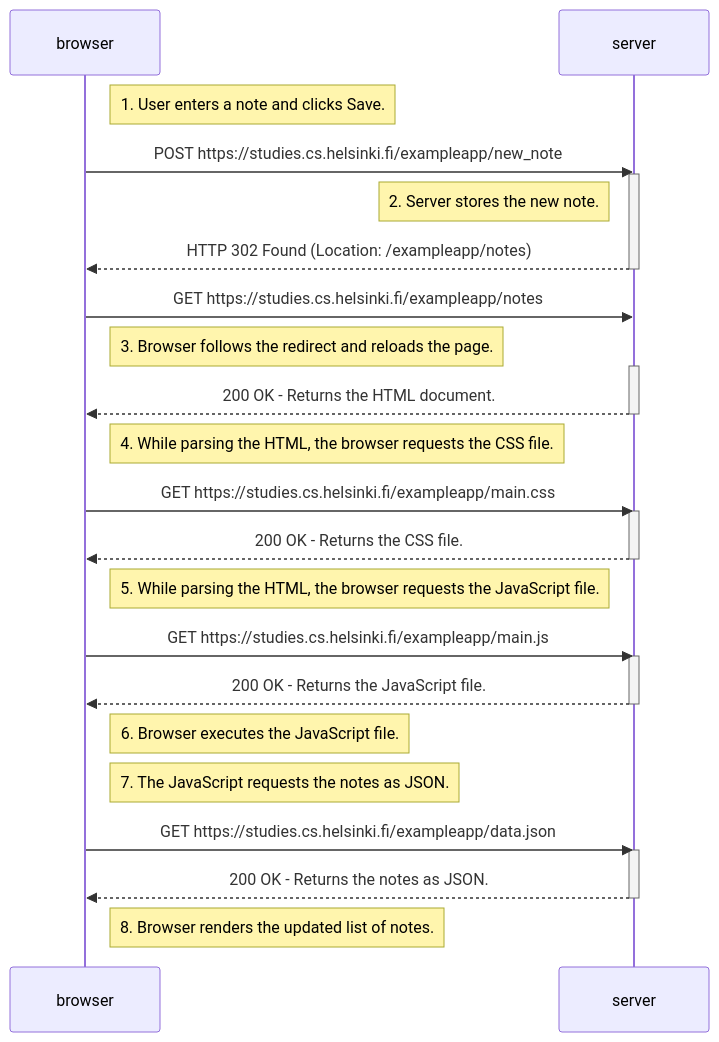
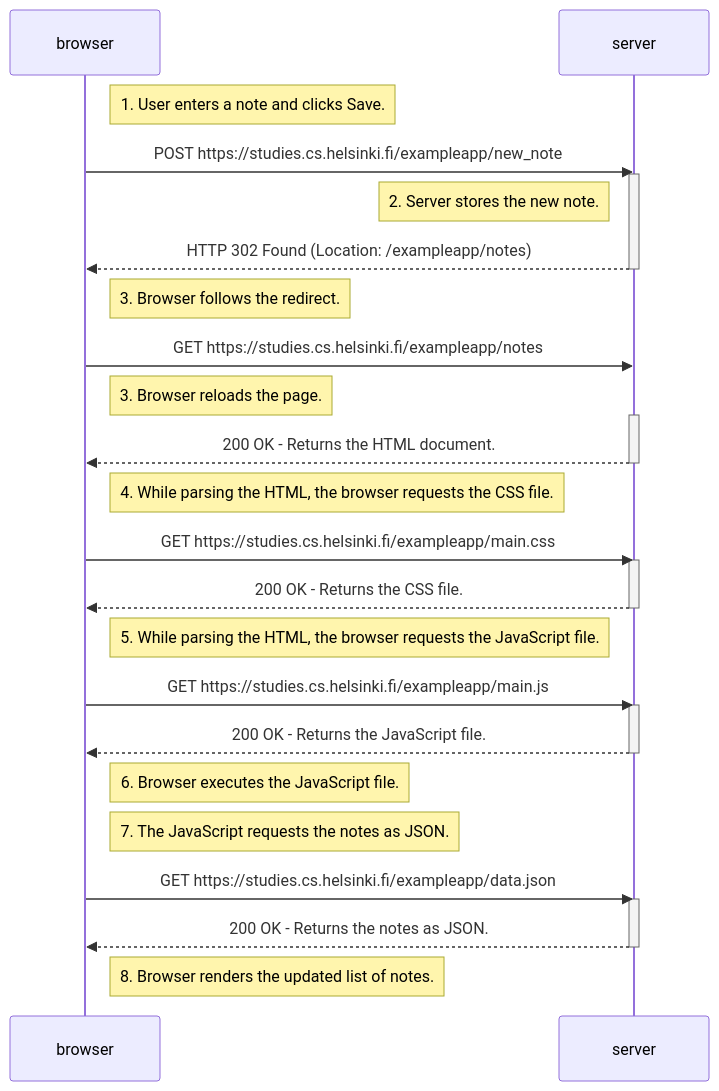
Before and after one commit to DrFinger2/fullstackopen-2026: the diagram in osa0/0.4.md, drawn with Mermaid.

````diff
--- a/osa0/0.4.md
+++ b/osa0/0.4.md
@@ -1,40 +1,40 @@
 ```mermaid
 sequenceDiagram
     participant browser
     participant server
 
     Note right of browser: 1. User enters a note and clicks Save.
     browser->>server: POST https://studies.cs.helsinki.fi/exampleapp/new_note
     activate server
     Note left of server: 2. Server stores the new note.
     server-->>browser: HTTP 302 Found (Location: /exampleapp/notes)
     deactivate server
 
-   
+    Note right of browser: 3. Browser follows the redirect.
     browser->>server: GET https://studies.cs.helsinki.fi/exampleapp/notes
-    Note right of browser: 3. Browser follows the redirect and reloads the page.
+    Note right of browser: 3. Browser reloads the page.
     activate server
     server-->>browser: 200 OK - Returns the HTML document.
     deactivate server
 
     Note right of browser: 4. While parsing the HTML, the browser requests the CSS file.
     browser->>server: GET https://studies.cs.helsinki.fi/exampleapp/main.css
     activate server
     server-->>browser: 200 OK - Returns the CSS file.
     deactivate server
 
     Note right of browser: 5. While parsing the HTML, the browser requests the JavaScript file.
     browser->>server: GET https://studies.cs.helsinki.fi/exampleapp/main.js
     activate server
     server-->>browser: 200 OK - Returns the JavaScript file.
     deactivate server
 
     Note right of browser: 6. Browser executes the JavaScript file.
     Note right of browser: 7. The JavaScript requests the notes as JSON.
     browser->>server: GET https://studies.cs.helsinki.fi/exampleapp/data.json
     activate server
     server-->>browser: 200 OK - Returns the notes as JSON.
     deactivate server
 
     Note right of browser: 8. Browser renders the updated list of notes.
 ```
````
